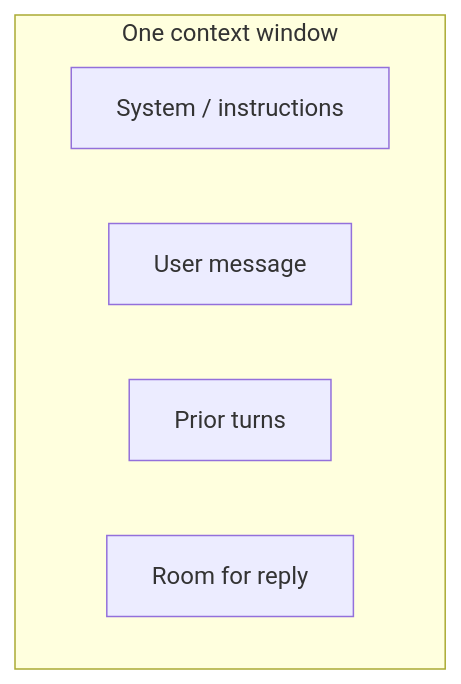
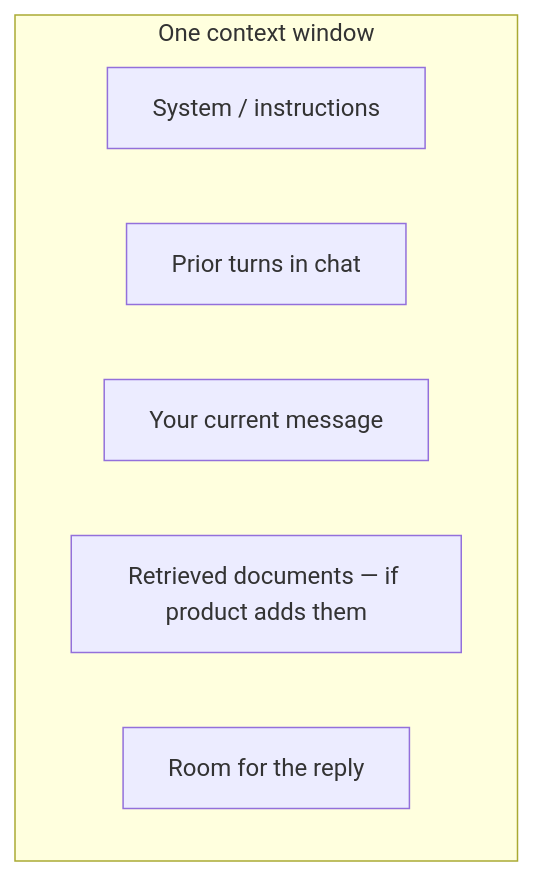
One commit to sharifruet/books-llm changed the second of 3 diagrams in from-tokens-to-understanding/from-tokens-to-understanding.md. Above: the diagram before and after it, drawn with Mermaid. The commit also changed other lines of this file and 19 other files, not shown here.

````diff
--- a/from-tokens-to-understanding/from-tokens-to-understanding.md
+++ b/from-tokens-to-understanding/from-tokens-to-understanding.md
@@ -134,9 +179,10 @@
 ```mermaid
 flowchart TB
   subgraph window["One context window"]
     S[System / instructions]
-    U[User message]
-    P[Prior turns]
-    R[Room for reply]
+    P[Prior turns in chat]
+    U[Your current message]
+    R[Retrieved documents — if product adds them]
+    X[Room for the reply]
   end
 ```
````
